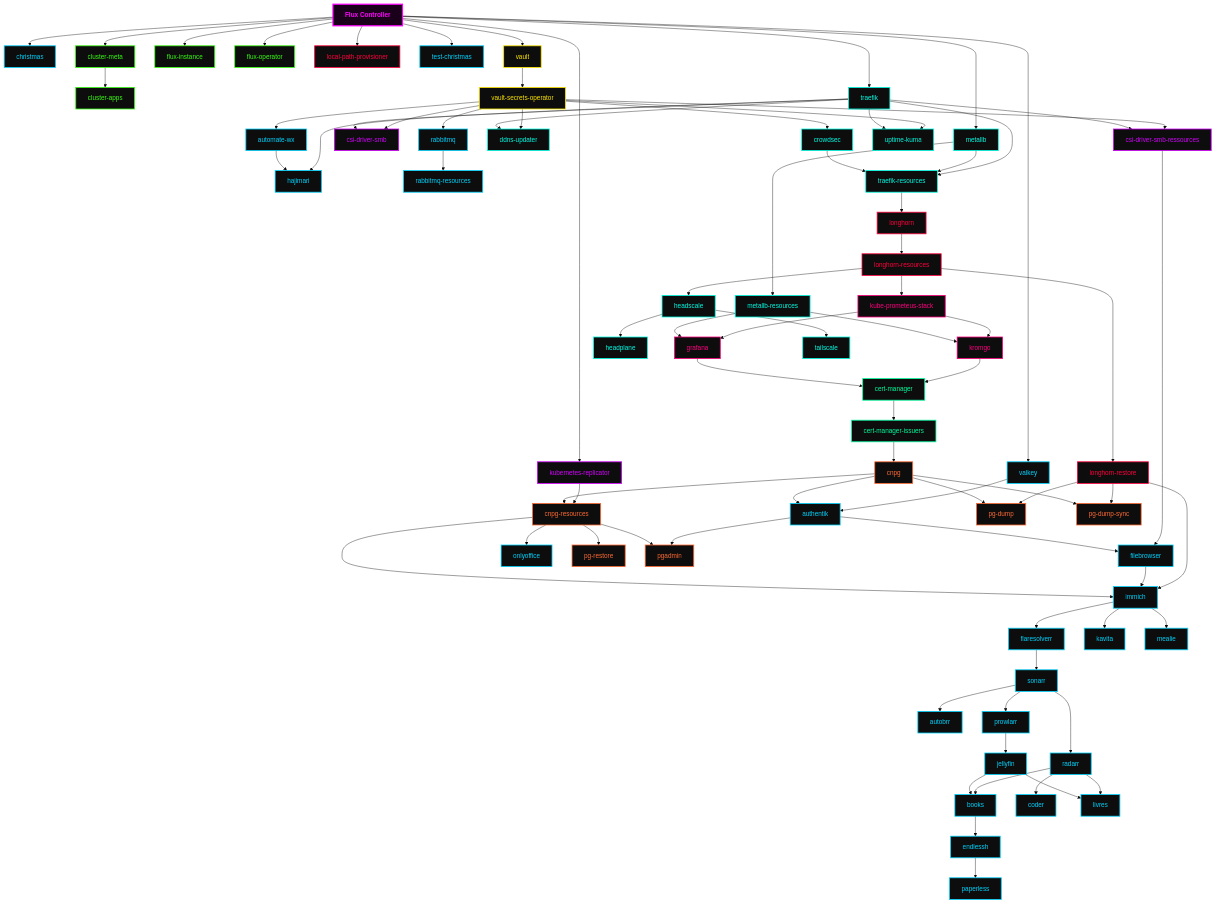
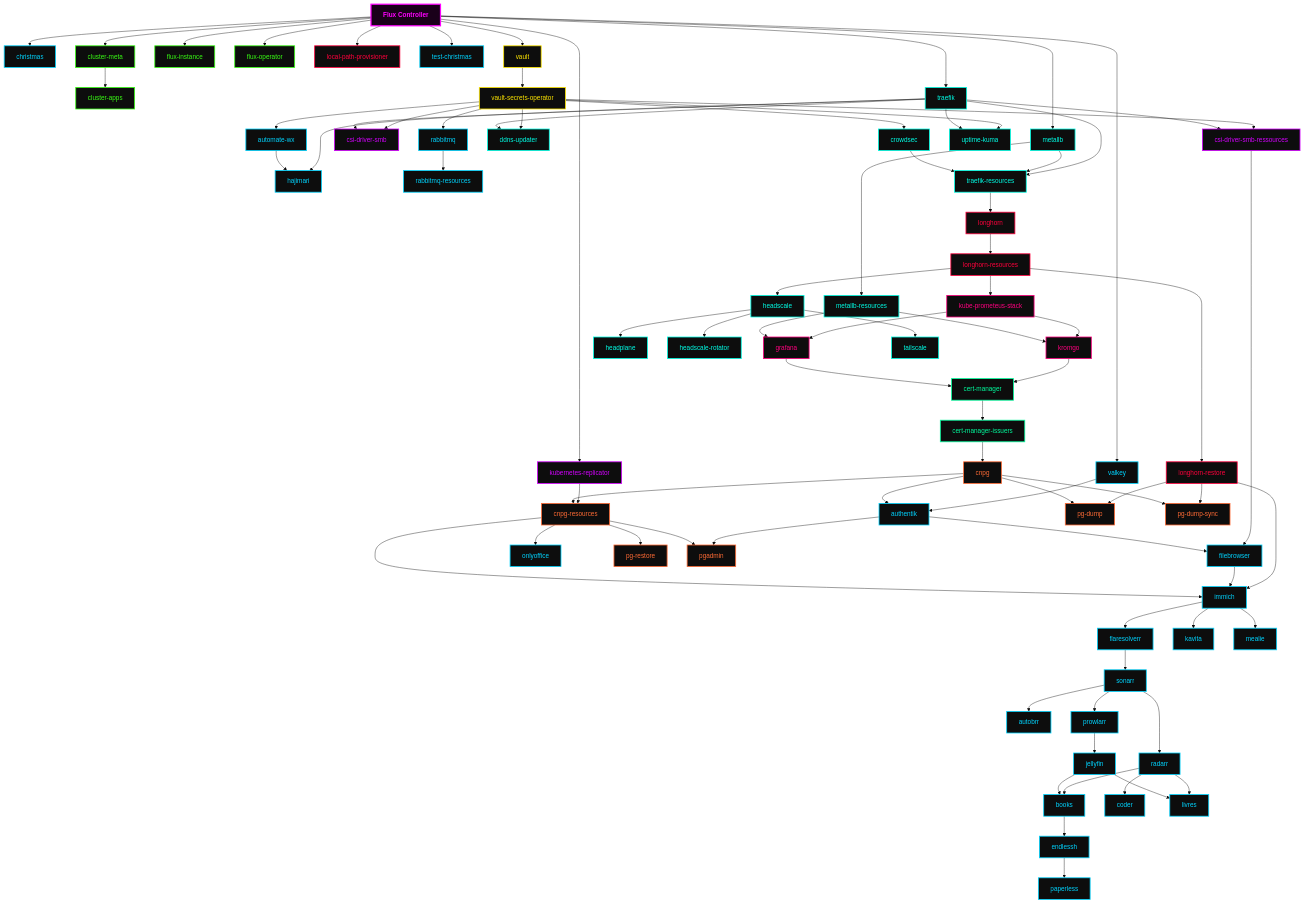
One commit to rdartus/home-ops changed the diagram in README.md. Above: the diagram before and after it, drawn with Mermaid (base theme). The commit also changed 6 other files, not shown here.

````diff
--- a/README.md
+++ b/README.md
@@ -117,6 +117,7 @@
   default__hajimari["hajimari"]
   network__headplane["headplane"]
   network__headscale["headscale"]
+  network__headscale_rotator["headscale-rotator"]
   default__immich["immich"]
   default__jellyfin["jellyfin"]
   default__kavita["kavita"]
@@ -206,6 +207,7 @@
   longhorn_system__longhorn_restore --> default__immich
   network__crowdsec --> network__traefik_resources
   network__headscale --> network__headplane
+  network__headscale --> network__headscale_rotator
   network__headscale --> network__tailscale
   network__metallb --> network__metallb_resources
   network__metallb --> network__traefik_resources
@@ -249,7 +251,7 @@
   class flux_system__cluster_apps,flux_system__cluster_meta,flux_system__flux_instance,flux_system__flux_operator cls_flux_system;
   class kube_system__csi_driver_smb,kube_system__csi_driver_smb_ressources,kube_system__kubernetes_replicator cls_kube_system;
   class longhorn_system__local_path_provisioner,longhorn_system__longhorn,longhorn_system__longhorn_resources,longhorn_system__longhorn_restore cls_longhorn_system;
-  class network__crowdsec,network__ddns_updater,network__headplane,network__headscale,network__metallb,network__metallb_resources,network__tailscale,network__traefik,network__traefik_resources,network__uptime_kuma cls_network;
+  class network__crowdsec,network__ddns_updater,network__headplane,network__headscale,network__headscale_rotator,network__metallb,network__metallb_resources,network__tailscale,network__traefik,network__traefik_resources,network__uptime_kuma cls_network;
   class observability__grafana,observability__kromgo,observability__kube_prometeus_stack cls_observability;
   class vault__vault,vault__vault_secrets_operator cls_vault;
 ```
````
